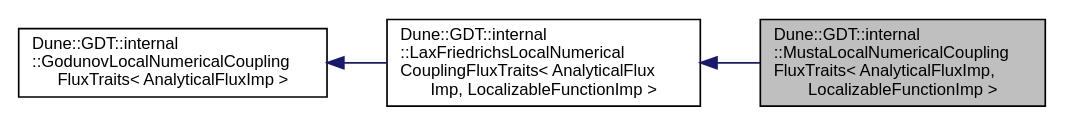
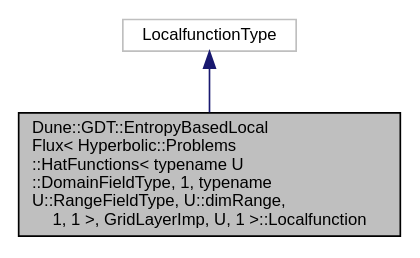
One commit to dune-community/dune-community.github.io changed the diagram in docs/dune-gdt/master/a01403.dot. Above: the diagram before and after it, drawn with Graphviz. The commit also changed 4372 other files, not shown here.

Commit message:
Updated documentation for dune-gdt master

```diff
--- a/docs/dune-gdt/master/a01403.dot
+++ b/docs/dune-gdt/master/a01403.dot
@@ -1,11 +1,8 @@
-digraph "Dune::GDT::internal::MustaLocalNumericalCouplingFluxTraits&lt; AnalyticalFluxImp, LocalizableFunctionImp &gt;"
+digraph "Dune::GDT::EntropyBasedLocalFlux&lt; Hyperbolic::Problems::HatFunctions&lt; typename U::DomainFieldType, 1, typename U::RangeFieldType, U::dimRange, 1, 1 &gt;, GridLayerImp, U, 1 &gt;::Localfunction"
 {
   edge [fontname="Helvetica",fontsize="10",labelfontname="Helvetica",labelfontsize="10"];
   node [fontname="Helvetica",fontsize="10",shape=record];
-  rankdir="LR";
-  Node1 [label="Dune::GDT::internal\l::MustaLocalNumericalCoupling\lFluxTraits\< AnalyticalFluxImp,\l LocalizableFunctionImp \>",height=0.2,width=0.4,color="black", fillcolor="grey75", style="filled", fontcolor="black"];
-  Node2 -> Node1 [dir="back",color="midnightblue",fontsize="10",style="solid",fontname="Helvetica"];
-  Node2 [label="Dune::GDT::internal\l::LaxFriedrichsLocalNumerical\lCouplingFluxTraits\< AnalyticalFlux\lImp, LocalizableFunctionImp \>",height=0.2,width=0.4,color="black", fillcolor="white", style="filled",URL="$a00302.html"];
-  Node3 -> Node2 [dir="back",color="midnightblue",fontsize="10",style="solid",fontname="Helvetica"];
-  Node3 [label="Dune::GDT::internal\l::GodunovLocalNumericalCoupling\lFluxTraits\< AnalyticalFluxImp \>",height=0.2,width=0.4,color="black", fillcolor="white", style="filled",URL="$a00181.html"];
+  Node0 [label="Dune::GDT::EntropyBasedLocal\lFlux\< Hyperbolic::Problems\l::HatFunctions\< typename U\l::DomainFieldType, 1, typename\l U::RangeFieldType, U::dimRange,\l 1, 1 \>, GridLayerImp, U, 1 \>::Localfunction",height=0.2,width=0.4,color="black", fillcolor="grey75", style="filled", fontcolor="black"];
+  Node1 -> Node0 [dir="back",color="midnightblue",fontsize="10",style="solid",fontname="Helvetica"];
+  Node1 [label="LocalfunctionType",height=0.2,width=0.4,color="grey75", fillcolor="white", style="filled"];
 }
```
